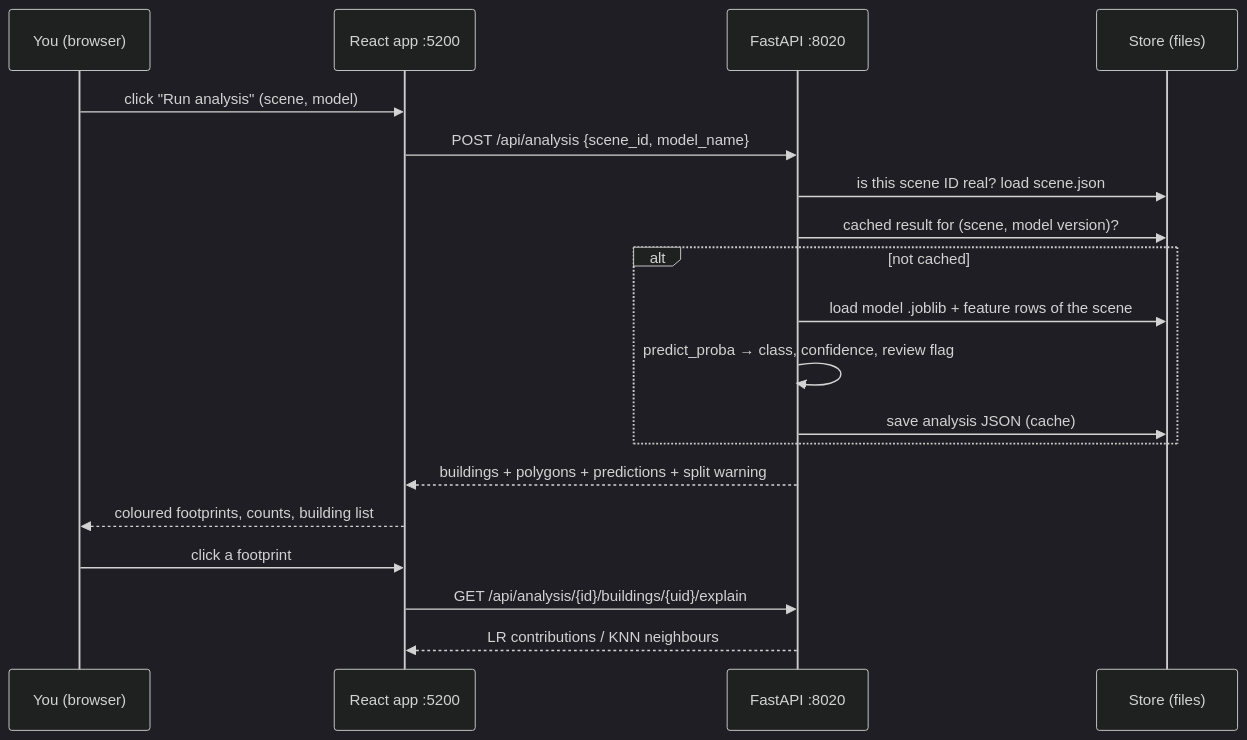
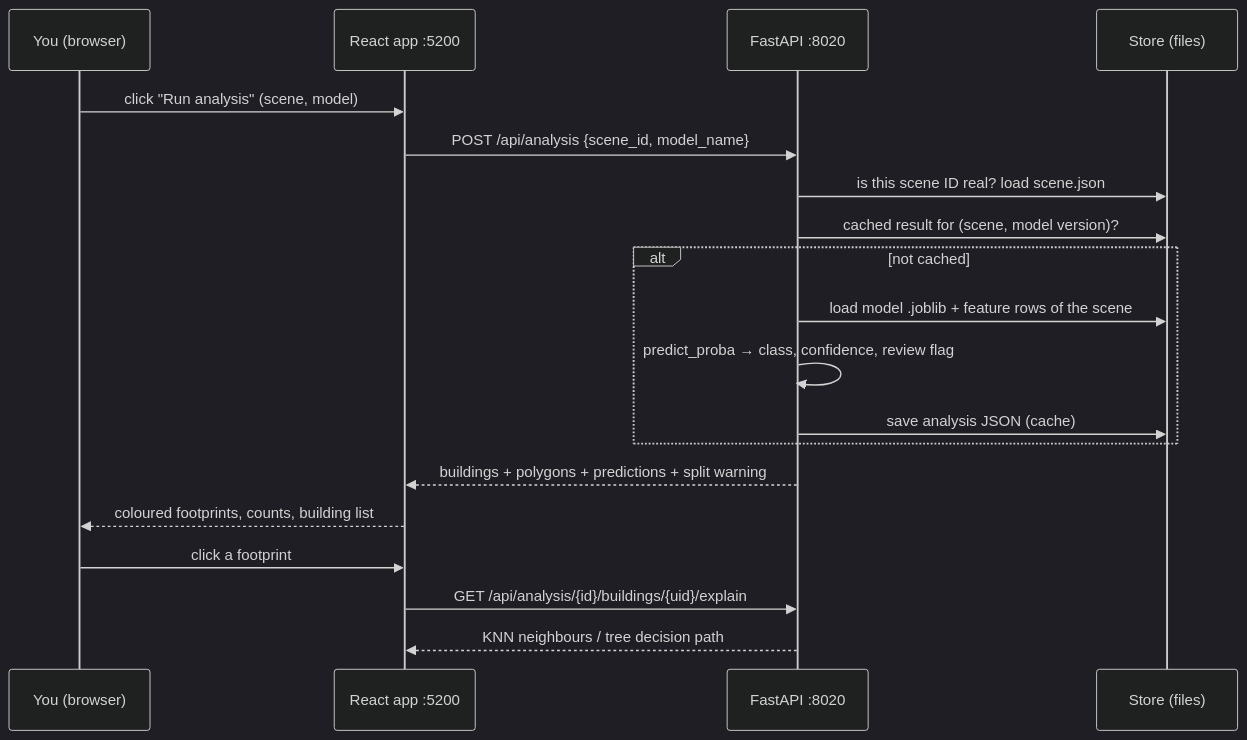
One commit to divishapanjwani/AfterSight-Simplified changed the fourth of 4 diagrams in docs/UNDERSTANDING_AFTERSIGHT.md. Above: the diagram before and after it, drawn with Mermaid (dark theme). The commit also changed other lines of this file and 32 other files, not shown here.

First line of the commit message:
Docs: KNN (default) and Decision Tree; LR only as the confounding analysis classifier

````diff
--- a/docs/UNDERSTANDING_AFTERSIGHT.md
+++ b/docs/UNDERSTANDING_AFTERSIGHT.md
@@ -752,21 +744,21 @@
 ```mermaid
 sequenceDiagram
     participant U as You (browser)
     participant W as React app :5200
     participant A as FastAPI :8020
     participant S as Store (files)
     U->>W: click "Run analysis" (scene, model)
     W->>A: POST /api/analysis {scene_id, model_name}
     A->>S: is this scene ID real? load scene.json
     A->>S: cached result for (scene, model version)?
     alt not cached
         A->>S: load model .joblib + feature rows of the scene
         A->>A: predict_proba → class, confidence, review flag
         A->>S: save analysis JSON (cache)
     end
     A-->>W: buildings + polygons + predictions + split warning
     W-->>U: coloured footprints, counts, building list
     U->>W: click a footprint
     W->>A: GET /api/analysis/{id}/buildings/{uid}/explain
-    A-->>W: LR contributions / KNN neighbours
+    A-->>W: KNN neighbours / tree decision path
 ```
````
